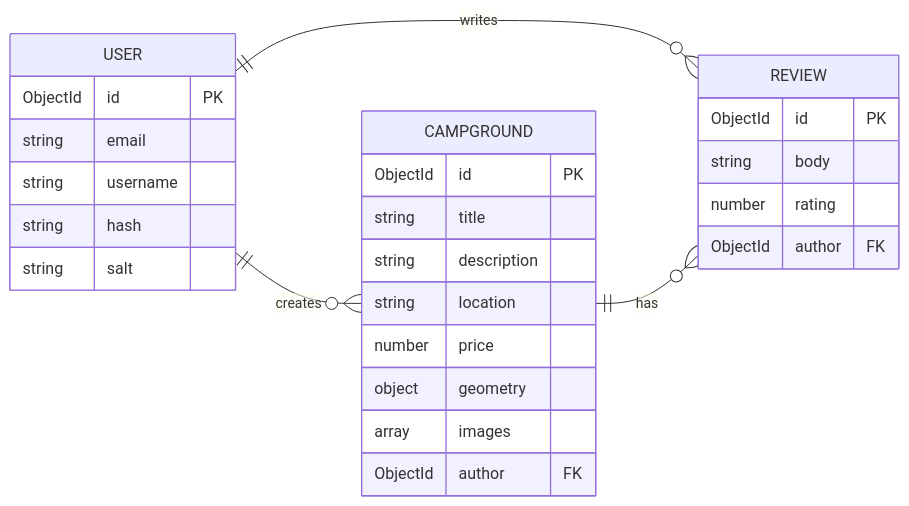
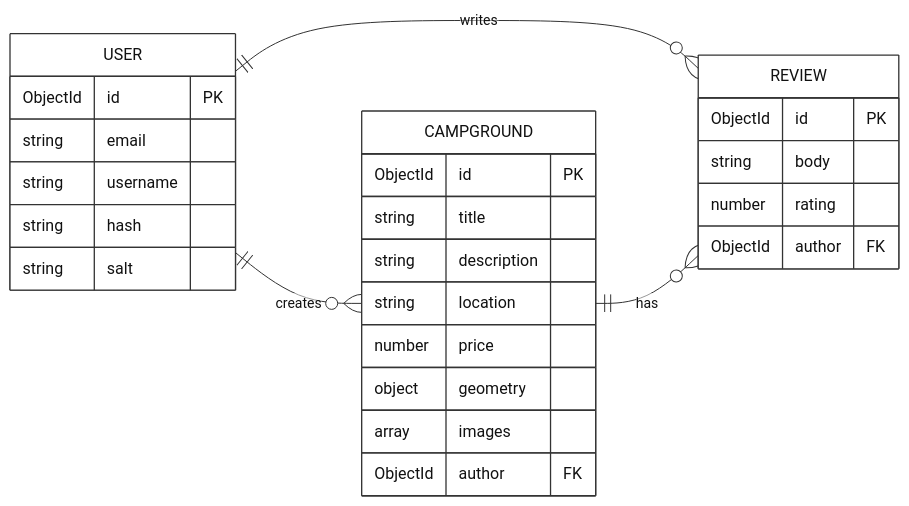
One commit to fearlessfreakk/yelpCamp---Learn-WebDev changed the second of 6 diagrams in PROJECT_ARCHITECTURE.md. Above: the diagram before and after it, drawn with Mermaid. The commit also changed other lines of this file, not shown here.

Commit message:
Set white background and increase font size for all architecture diagrams

````diff
--- a/PROJECT_ARCHITECTURE.md
+++ b/PROJECT_ARCHITECTURE.md
@@ -78,31 +79,32 @@
 ```mermaid
+%%{init: {'theme': 'base', 'themeVariables': {'fontSize': '16px', 'fontFamily': 'Arial, sans-serif', 'primaryColor': '#ffffff', 'primaryTextColor': '#111111', 'primaryBorderColor': '#333333', 'lineColor': '#333333', 'entityBackground': '#ffffff', 'attributeBackgroundColorOdd': '#ffffff', 'attributeBackgroundColorEven': '#ffffff'}}}%%
 erDiagram
     direction LR
     USER {
         ObjectId id PK
         string email
         string username
         string hash
         string salt
     }
     CAMPGROUND {
         ObjectId id PK
         string title
         string description
         string location
         number price
         object geometry
         array images
         ObjectId author FK
     }
     REVIEW {
         ObjectId id PK
         string body
         number rating
         ObjectId author FK
     }
 
     USER ||--o{ CAMPGROUND : "creates"
     USER ||--o{ REVIEW : "writes"
     CAMPGROUND ||--o{ REVIEW : "has"
 ```
````
